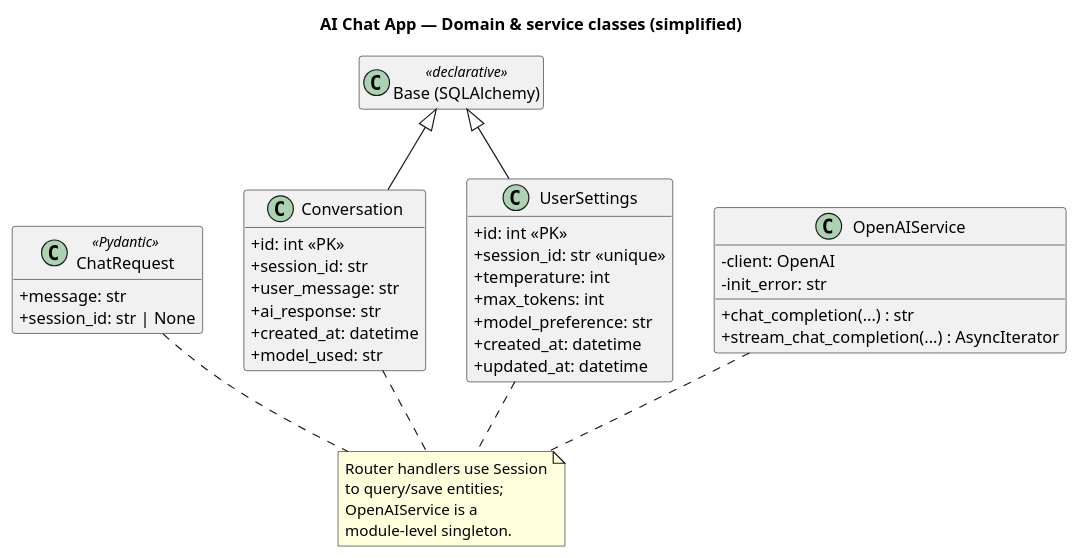
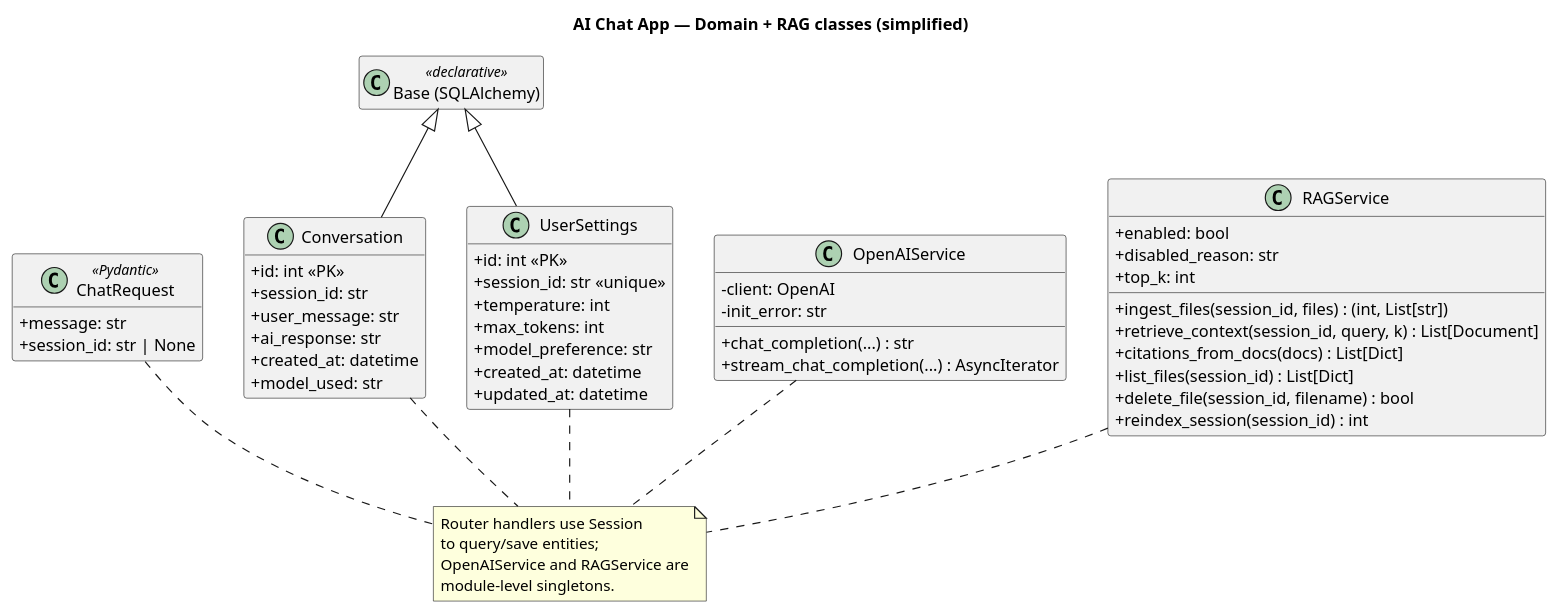
The third of 6 diagrams in uml/ai-chat-app.puml (fairywell28/Ai-Chat-App), drawn with PlantUML before and after one commit. The commit also changed other lines of this file and 8 other files, not shown here.

```diff
--- a/uml/ai-chat-app.puml
+++ b/uml/ai-chat-app.puml
@@ -84,49 +104,62 @@
 @startuml AI-Chat-App_Class_Diagram
-title AI Chat App — Domain & service classes (simplified)
+title AI Chat App — Domain + RAG classes (simplified)
 skinparam classAttributeIconSize 0
 hide empty members
 
 class ChatRequest <<Pydantic>> {
   + message: str
   + session_id: str | None
 }
 
 class "Base (SQLAlchemy)" as Base <<declarative>> {
 }
 
 class Conversation {
   + id: int <<PK>>
   + session_id: str
   + user_message: str
   + ai_response: str
   + created_at: datetime
   + model_used: str
 }
 
 class UserSettings {
   + id: int <<PK>>
   + session_id: str <<unique>>
   + temperature: int
   + max_tokens: int
   + model_preference: str
   + created_at: datetime
   + updated_at: datetime
 }
 
 class OpenAIService {
   - client: OpenAI
   - init_error: str
   + chat_completion(...) : str
   + stream_chat_completion(...) : AsyncIterator
 }
 
+class RAGService {
+  + enabled: bool
+  + disabled_reason: str
+  + top_k: int
+  + ingest_files(session_id, files) : (int, List[str])
+  + retrieve_context(session_id, query, k) : List[Document]
+  + citations_from_docs(docs) : List[Dict]
+  + list_files(session_id) : List[Dict]
+  + delete_file(session_id, filename) : bool
+  + reindex_session(session_id) : int
+}
+
 Base <|-- Conversation
 Base <|-- UserSettings
 
-note "Router handlers use Session\nto query/save entities;\nOpenAIService is a\nmodule-level singleton." as N1
+note "Router handlers use Session\nto query/save entities;\nOpenAIService and RAGService are\nmodule-level singletons." as N1
 Conversation .. N1
 UserSettings .. N1
 OpenAIService .. N1
+RAGService .. N1
 ChatRequest .. N1
 
 @enduml
```
